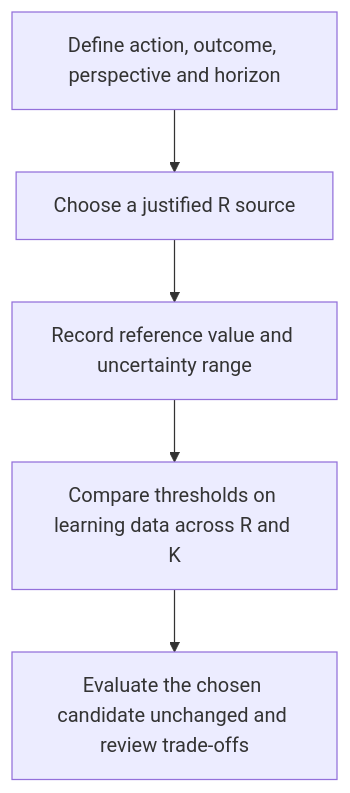
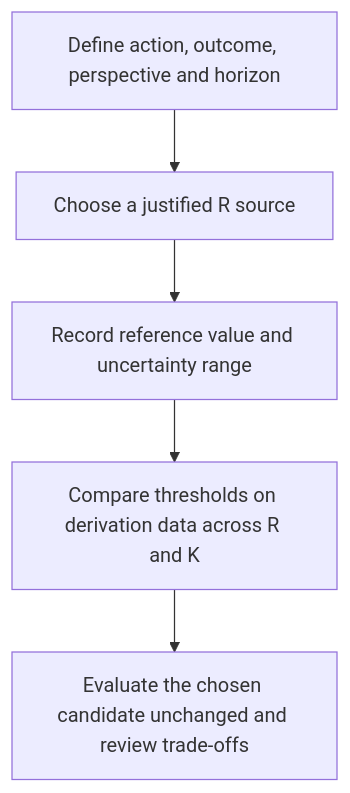
One commit to Sheldon0106/ActionRef changed the diagram in docs/R_GUIDANCE.md. Above: the diagram before and after it, drawn with Mermaid. The commit also changed other lines of this file and 73 other files, not shown here.

````diff
--- a/docs/R_GUIDANCE.md
+++ b/docs/R_GUIDANCE.md
@@ -33,7 +38,7 @@
 ```mermaid
 flowchart TD
     A[Define action, outcome, perspective and horizon] --> B[Choose a justified R source]
     B --> C[Record reference value and uncertainty range]
-    C --> D[Compare thresholds on learning data across R and K]
+    C --> D[Compare thresholds on derivation data across R and K]
     D --> E[Evaluate the chosen candidate unchanged and review trade-offs]
 ```
````
